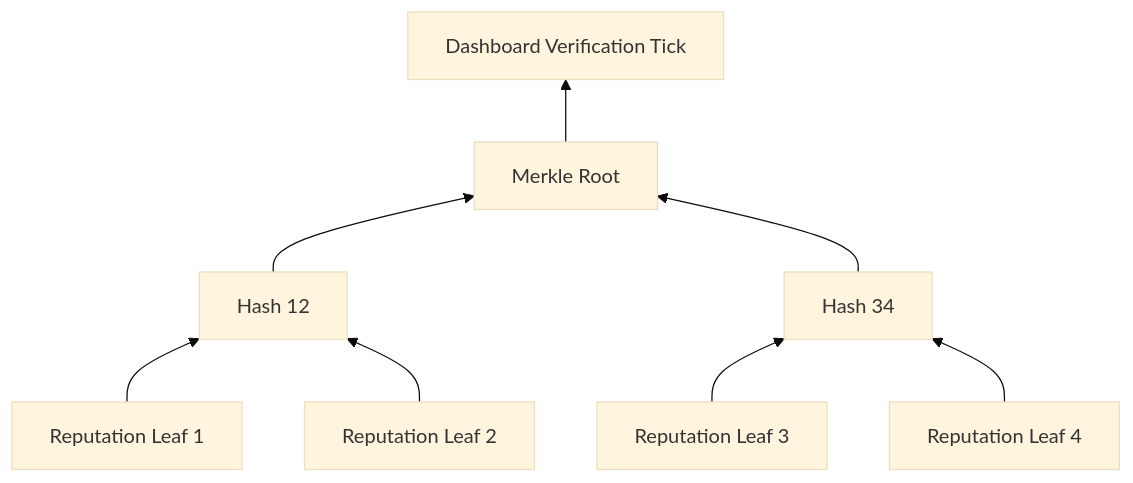
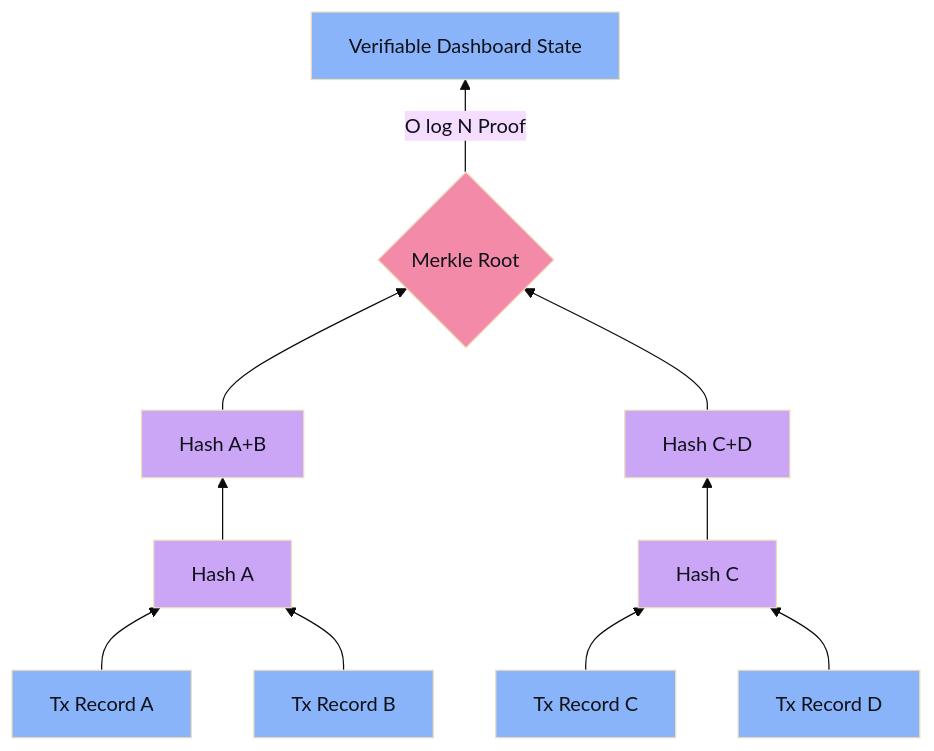
Before and after one commit to MrDecryptDecipher/Agent-Trust: the eighth of 30 diagrams in README.md, drawn with Mermaid (base theme). The commit also changed other lines of this file, not shown here.

Commit message:
Fix rendering format for 30 Mermaid diagrams to strictly use basic edge and block formatting for complete compatiblity

````diff
--- a/README.md
+++ b/README.md
@@ -125,10 +177,16 @@
 ```mermaid
 graph BT
-    L1["Reputation Leaf 1"] --> H1["Hash 12"]
-    L2["Reputation Leaf 2"] --> H1
-    L3["Reputation Leaf 3"] --> H2["Hash 34"]
-    L4["Reputation Leaf 4"] --> H2
-    H1 --> Root["Merkle Root"]
-    H2 --> Root
-    Root --> V["Dashboard Verification Tick"]
+    classDef leaf fill:#89b4fa,color:#11111b;
+    classDef hash fill:#cba6f7,color:#11111b;
+    classDef root fill:#f38ba8,color:#11111b;
+
+    L1["Tx Record A"]:::leaf --> H1["Hash A"]:::hash
+    L2["Tx Record B"]:::leaf --> H1
+    L3["Tx Record C"]:::leaf --> H2["Hash C"]:::hash
+    L4["Tx Record D"]:::leaf --> H2
+    H1 --> H12["Hash A+B"]:::hash
+    H2 --> H34["Hash C+D"]:::hash
+    H12 --> Root{"Merkle Root"}:::root
+    H34 --> Root
+    Root -- "O log N Proof" --> V["Verifiable Dashboard State"]:::leaf
 ```
````
